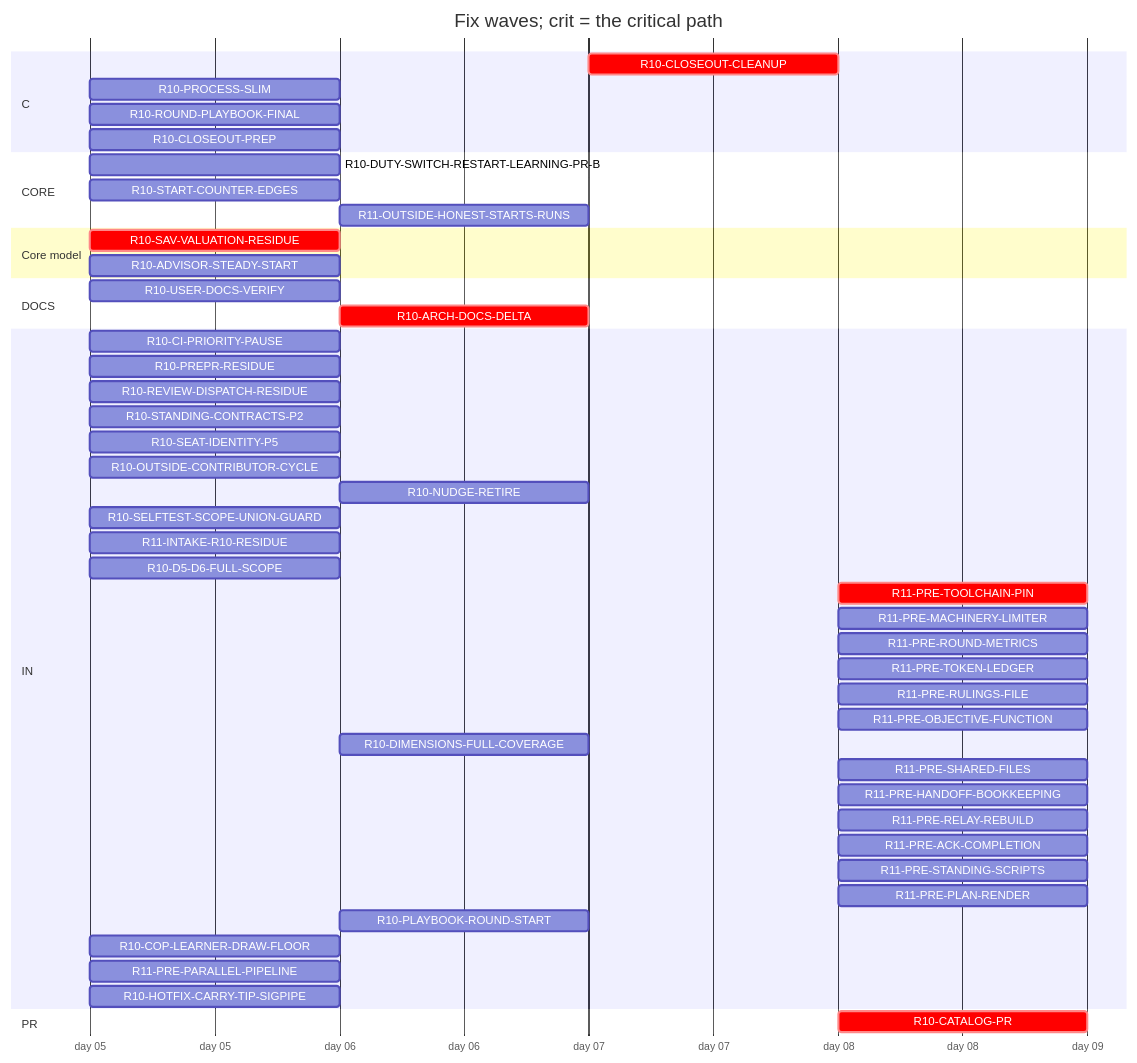
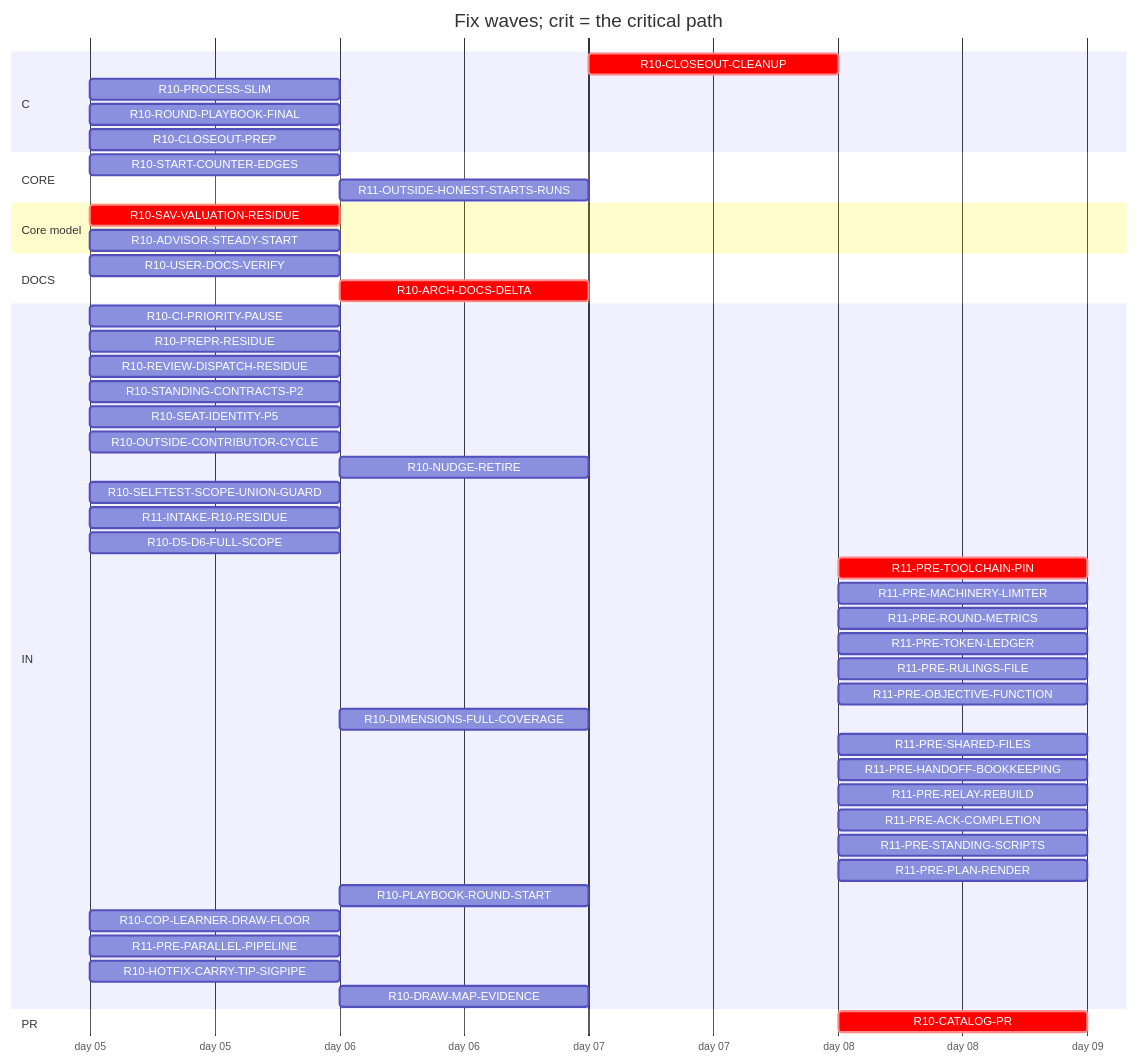
The diagram in handoff/round10/state/PLAN-TABLE.md (tvofi/heatpump_optimizer), drawn with Mermaid before and after one commit. The commit also changed other lines of this file and 4 other files, not shown here.

Commit message:
state: FLOW-BOARD.md, NEXT-SESSION-PROMPT.md, PLAN-TABLE.md, PLAN.html, RESUME-CURRENT.md regenerated (state_docs.py)

````diff
--- a/handoff/round10/state/PLAN-TABLE.md
+++ b/handoff/round10/state/PLAN-TABLE.md
@@ -19,51 +19,51 @@
 ```mermaid
 gantt
   title Fix waves; crit = the critical path
   dateFormat YYYY-MM-DD
   axisFormat day %d
   section C
     R10-CLOSEOUT-CLEANUP :crit, r10CLOSEOUTCLEANUP, after r10USERDOCSVERIFY r10CLOSEOUTPREP r10ARCHDOCSDELTA, 1d
     R10-PROCESS-SLIM :r10PROCESSSLIM, 2026-01-05, 1d
     R10-ROUND-PLAYBOOK-FINAL :r10ROUNDPLAYBOOKFINAL, 2026-01-05, 1d
     R10-CLOSEOUT-PREP :r10CLOSEOUTPREP, 2026-01-05, 1d
   section CORE
-    R10-DUTY-SWITCH-RESTART-LEARNING-PR-B :r10DUTYSWITCHRESTARTLEARNINGPRB, 2026-01-05, 1d
     R10-START-COUNTER-EDGES :r10STARTCOUNTEREDGES, 2026-01-05, 1d
     R11-OUTSIDE-HONEST-STARTS-RUNS :r11OUTSIDEHONESTSTARTSRUNS, after r10ADVISORSTEADYSTART, 1d
   section Core model
     R10-SAV-VALUATION-RESIDUE :crit, r10SAVVALUATIONRESIDUE, 2026-01-05, 1d
     R10-ADVISOR-STEADY-START :r10ADVISORSTEADYSTART, 2026-01-05, 1d
   section DOCS
     R10-USER-DOCS-VERIFY :r10USERDOCSVERIFY, 2026-01-05, 1d
     R10-ARCH-DOCS-DELTA :crit, r10ARCHDOCSDELTA, after r10SAVVALUATIONRESIDUE r10ADVISORSTEADYSTART, 1d
   section IN
     R10-CI-PRIORITY-PAUSE :r10CIPRIORITYPAUSE, 2026-01-05, 1d
     R10-PREPR-RESIDUE :r10PREPRRESIDUE, 2026-01-05, 1d
     R10-REVIEW-DISPATCH-RESIDUE :r10REVIEWDISPATCHRESIDUE, 2026-01-05, 1d
     R10-STANDING-CONTRACTS-P2 :r10STANDINGCONTRACTSP2, 2026-01-05, 1d
     R10-SEAT-IDENTITY-P5 :r10SEATIDENTITYP5, 2026-01-05, 1d
     R10-OUTSIDE-CONTRIBUTOR-CYCLE :r10OUTSIDECONTRIBUTORCYCLE, 2026-01-05, 1d
     R10-NUDGE-RETIRE :r10NUDGERETIRE, after r10ROUNDPLAYBOOKFINAL, 1d
     R10-SELFTEST-SCOPE-UNION-GUARD :r10SELFTESTSCOPEUNIONGUARD, 2026-01-05, 1d
     R11-INTAKE-R10-RESIDUE :r11INTAKER10RESIDUE, 2026-01-05, 1d
     R10-D5-D6-FULL-SCOPE :r10D5D6FULLSCOPE, 2026-01-05, 1d
     R11-PRE-TOOLCHAIN-PIN :crit, r11PRETOOLCHAINPIN, after r10CATALOGPR, 1d
     R11-PRE-MACHINERY-LIMITER :r11PREMACHINERYLIMITER, after r10CATALOGPR, 1d
     R11-PRE-ROUND-METRICS :r11PREROUNDMETRICS, after r10CATALOGPR, 1d
     R11-PRE-TOKEN-LEDGER :r11PRETOKENLEDGER, after r10CATALOGPR, 1d
     R11-PRE-RULINGS-FILE :r11PRERULINGSFILE, after r10CATALOGPR, 1d
     R11-PRE-OBJECTIVE-FUNCTION :r11PREOBJECTIVEFUNCTION, after r10CATALOGPR, 1d
     R10-DIMENSIONS-FULL-COVERAGE :r10DIMENSIONSFULLCOVERAGE, after r10D5D6FULLSCOPE, 1d
     R11-PRE-SHARED-FILES :r11PRESHAREDFILES, after r10CATALOGPR, 1d
     R11-PRE-HANDOFF-BOOKKEEPING :r11PREHANDOFFBOOKKEEPING, after r10CATALOGPR, 1d
     R11-PRE-RELAY-REBUILD :r11PRERELAYREBUILD, after r10CATALOGPR, 1d
     R11-PRE-ACK-COMPLETION :r11PREACKCOMPLETION, after r10CATALOGPR, 1d
     R11-PRE-STANDING-SCRIPTS :r11PRESTANDINGSCRIPTS, after r10CATALOGPR, 1d
     R11-PRE-PLAN-RENDER :r11PREPLANRENDER, after r10CATALOGPR, 1d
     R10-PLAYBOOK-ROUND-START :r10PLAYBOOKROUNDSTART, after r10ROUNDPLAYBOOKFINAL, 1d
     R10-COP-LEARNER-DRAW-FLOOR :r10COPLEARNERDRAWFLOOR, 2026-01-05, 1d
     R11-PRE-PARALLEL-PIPELINE :r11PREPARALLELPIPELINE, 2026-01-05, 1d
     R10-HOTFIX-CARRY-TIP-SIGPIPE :r10HOTFIXCARRYTIPSIGPIPE, 2026-01-05, 1d
+    R10-DRAW-MAP-EVIDENCE :r10DRAWMAPEVIDENCE, after r10COPLEARNERDRAWFLOOR, 1d
   section PR
     R10-CATALOG-PR :crit, r10CATALOGPR, after r10USERDOCSVERIFY r10CLOSEOUTCLEANUP r10CLOSEOUTPREP r10ARCHDOCSDELTA, 1d
 ```
````
